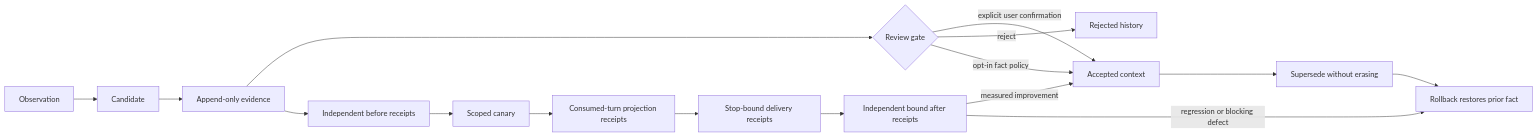
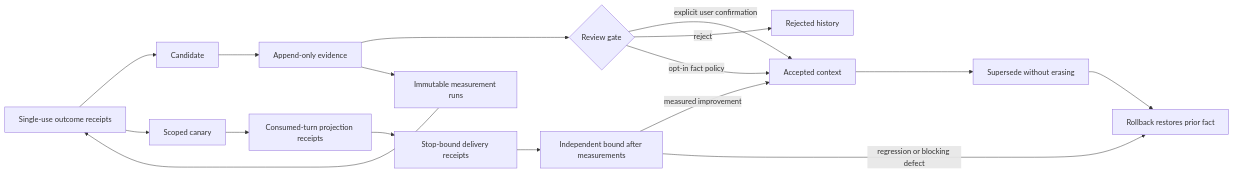
Before and after one commit to Maykbiletti/AgentSpine: the diagram in docs/learning.md, drawn with Mermaid. The commit also changed other lines of this file and 21 other files, not shown here.

````diff
--- a/docs/learning.md
+++ b/docs/learning.md
@@ -5,18 +5,19 @@
 ```mermaid
 flowchart LR
     O["Observation"] --> C["Candidate"]
     C --> E["Append-only evidence"]
     E --> R{"Review gate"}
     R -->|"explicit user confirmation"| A["Accepted context"]
     R -->|"reject"| X["Rejected history"]
     R -->|"opt-in fact policy"| A
-    E --> M["Independent before receipts"]
-    M --> K["Scoped canary"]
+    E --> M["Immutable measurement runs"]
+    M --> O["Single-use outcome receipts"]
+    O --> K["Scoped canary"]
     K --> P["Consumed-turn projection receipts"]
     P --> D["Stop-bound delivery receipts"]
-    D --> N["Independent bound after receipts"]
+    D --> N["Independent bound after measurements"]
     N -->|"measured improvement"| A
     N -->|"regression or blocking defect"| B["Automatic rollback"]
     A --> S["Supersede without erasing"]
     S --> B["Rollback restores prior fact"]
 ```
````
